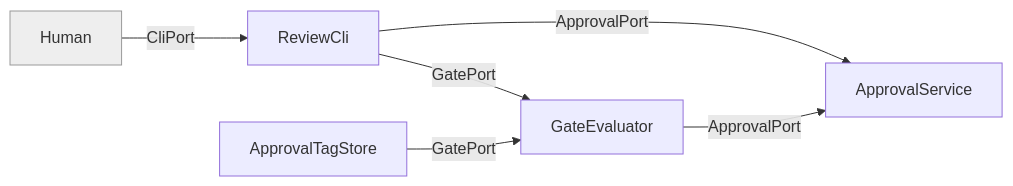
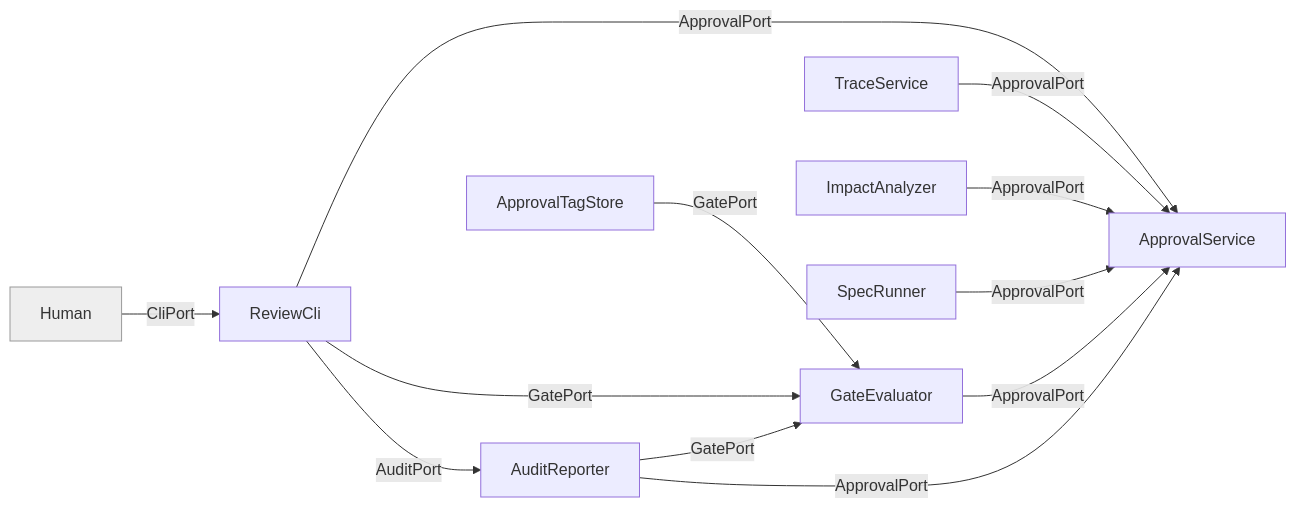
The diagram in docs/diagrams/01c_view_governance.mmd (DanielLockau-MLPA/specflow), drawn with Mermaid before and after one commit. The commit also changed 23 other files, not shown here.

First line of the commit message:
Align architecture model and diagrams with the implementation

```diff
--- a/docs/diagrams/01c_view_governance.mmd
+++ b/docs/diagrams/01c_view_governance.mmd
@@ -1,12 +1,22 @@
 flowchart LR
   gateEvaluator["GateEvaluator"]
   approvalService["ApprovalService"]
   reviewCli["ReviewCli"]
+  traceService["TraceService"]
+  impactAnalyzer["ImpactAnalyzer"]
+  specRunner["SpecRunner"]
+  auditReporter["AuditReporter"]
   tagStore["ApprovalTagStore"]
   human["Human"]
   gateEvaluator -->|ApprovalPort| approvalService
   reviewCli -->|ApprovalPort| approvalService
   reviewCli -->|GatePort| gateEvaluator
+  traceService -->|ApprovalPort| approvalService
+  impactAnalyzer -->|ApprovalPort| approvalService
+  specRunner -->|ApprovalPort| approvalService
+  auditReporter -->|GatePort| gateEvaluator
+  auditReporter -->|ApprovalPort| approvalService
+  reviewCli -->|AuditPort| auditReporter
   tagStore -->|GatePort| gateEvaluator
   human -->|CliPort| reviewCli
   style human fill:#eee,stroke:#999
```
